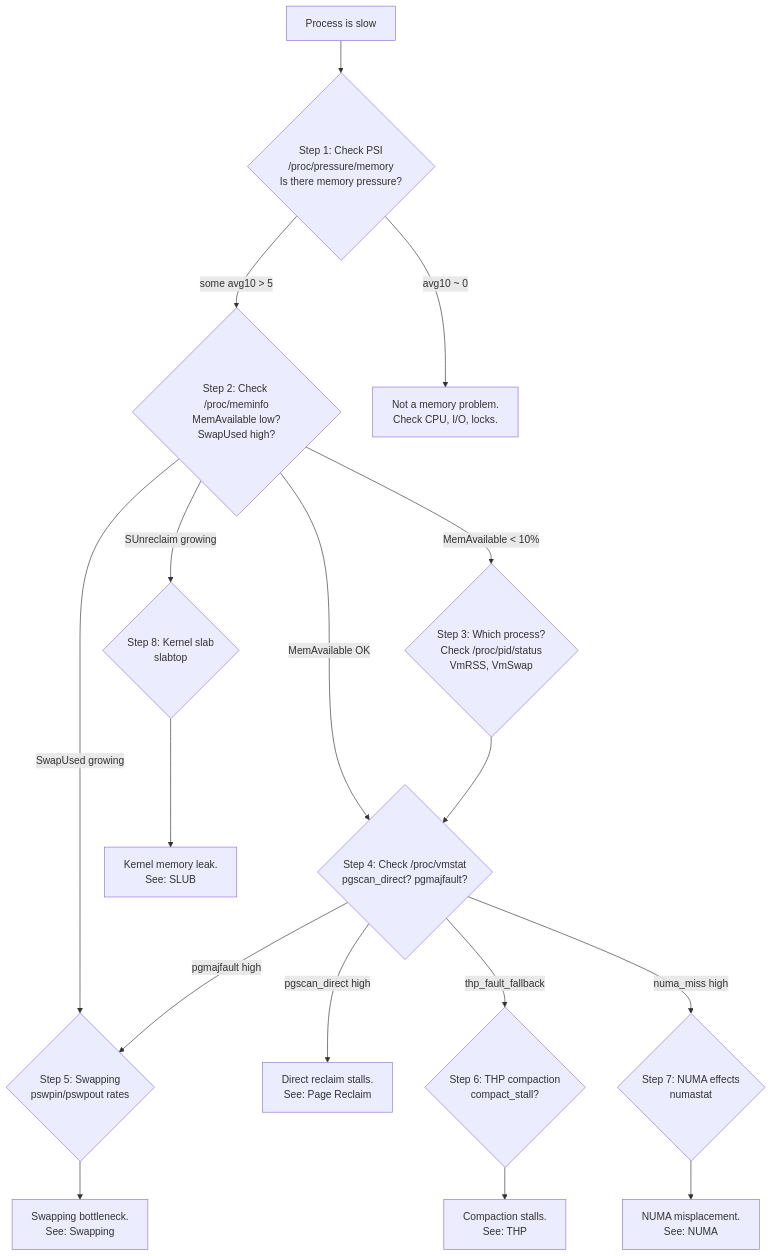
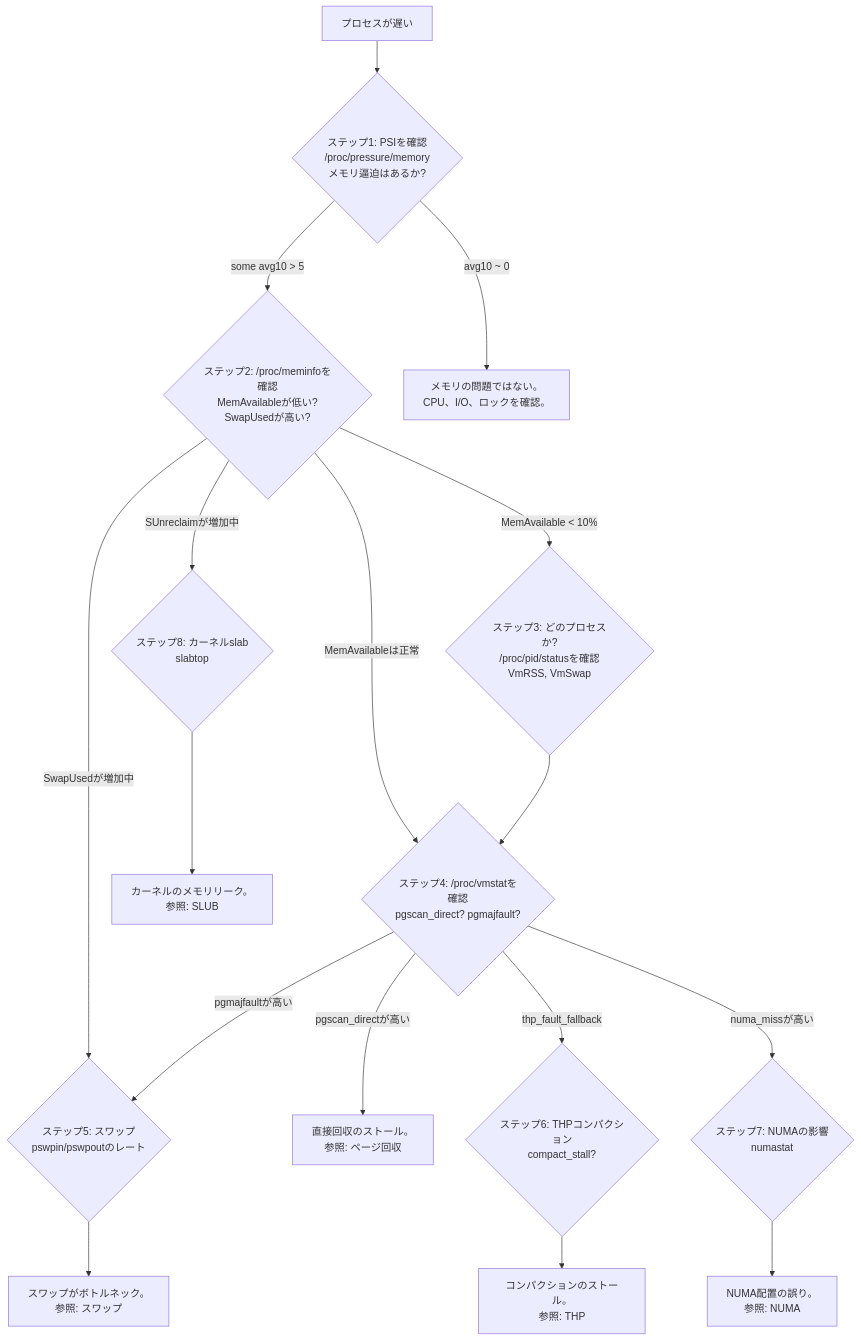
The diagram in docs/mm/why-is-my-process-slow.md (doguto/linux-kernel-internals-jp), drawn with Mermaid before and after one commit. The commit also changed other lines of this file and 11 other files, not shown here.

````diff
--- a/docs/mm/why-is-my-process-slow.md
+++ b/docs/mm/why-is-my-process-slow.md
@@ -13,26 +13,26 @@
 ```mermaid
 flowchart TD
-    START["Process is slow"] --> PSI{"Step 1: Check PSI<br/>/proc/pressure/memory<br/>Is there memory pressure?"}
-    PSI -->|"some avg10 > 5"| MEMINFO{"Step 2: Check /proc/meminfo<br/>MemAvailable low?<br/>SwapUsed high?"}
-    PSI -->|"avg10 ~ 0"| NOTMEM["Not a memory problem.<br/>Check CPU, I/O, locks."]
+    START["プロセスが遅い"] --> PSI{"ステップ1: PSIを確認<br/>/proc/pressure/memory<br/>メモリ逼迫はあるか?"}
+    PSI -->|"some avg10 > 5"| MEMINFO{"ステップ2: /proc/meminfoを確認<br/>MemAvailableが低い?<br/>SwapUsedが高い?"}
+    PSI -->|"avg10 ~ 0"| NOTMEM["メモリの問題ではない。<br/>CPU、I/O、ロックを確認。"]
 
-    MEMINFO -->|"MemAvailable < 10%"| PERPROC{"Step 3: Which process?<br/>Check /proc/pid/status<br/>VmRSS, VmSwap"}
-    MEMINFO -->|"SwapUsed growing"| SWAP{"Step 5: Swapping<br/>pswpin/pswpout rates"}
-    MEMINFO -->|"MemAvailable OK"| VMSTAT{"Step 4: Check /proc/vmstat<br/>pgscan_direct? pgmajfault?"}
+    MEMINFO -->|"MemAvailable < 10%"| PERPROC{"ステップ3: どのプロセスか?<br/>/proc/pid/statusを確認<br/>VmRSS, VmSwap"}
+    MEMINFO -->|"SwapUsedが増加中"| SWAP{"ステップ5: スワップ<br/>pswpin/pswpoutのレート"}
+    MEMINFO -->|"MemAvailableは正常"| VMSTAT{"ステップ4: /proc/vmstatを確認<br/>pgscan_direct? pgmajfault?"}
 
     PERPROC --> VMSTAT
 
-    VMSTAT -->|"pgscan_direct high"| RECLAIM["Direct reclaim stalls.<br/>See: Page Reclaim"]
-    VMSTAT -->|"pgmajfault high"| SWAP
-    VMSTAT -->|"thp_fault_fallback"| THP{"Step 6: THP compaction<br/>compact_stall?"}
-    VMSTAT -->|"numa_miss high"| NUMA{"Step 7: NUMA effects<br/>numastat"}
+    VMSTAT -->|"pgscan_directが高い"| RECLAIM["直接回収のストール。<br/>参照: ページ回収"]
+    VMSTAT -->|"pgmajfaultが高い"| SWAP
+    VMSTAT -->|"thp_fault_fallback"| THP{"ステップ6: THPコンパクション<br/>compact_stall?"}
+    VMSTAT -->|"numa_missが高い"| NUMA{"ステップ7: NUMAの影響<br/>numastat"}
 
-    SWAP --> SWAPFIX["Swapping bottleneck.<br/>See: Swapping"]
+    SWAP --> SWAPFIX["スワップがボトルネック。<br/>参照: スワップ"]
 
-    THP --> THPFIX["Compaction stalls.<br/>See: THP"]
+    THP --> THPFIX["コンパクションのストール。<br/>参照: THP"]
 
-    NUMA --> NUMAFIX["NUMA misplacement.<br/>See: NUMA"]
+    NUMA --> NUMAFIX["NUMA配置の誤り。<br/>参照: NUMA"]
 
-    MEMINFO -->|"SUnreclaim growing"| SLAB{"Step 8: Kernel slab<br/>slabtop"}
-    SLAB --> SLABFIX["Kernel memory leak.<br/>See: SLUB"]
+    MEMINFO -->|"SUnreclaimが増加中"| SLAB{"ステップ8: カーネルslab<br/>slabtop"}
+    SLAB --> SLABFIX["カーネルのメモリリーク。<br/>参照: SLUB"]
 ```
````
